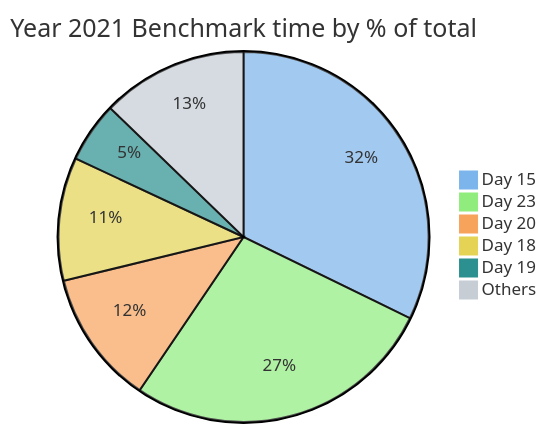
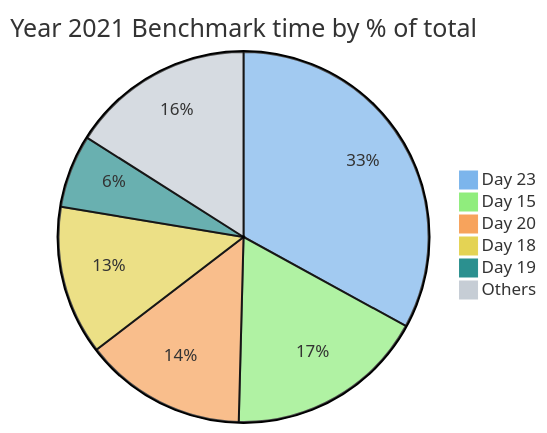
One commit to maneatingape/advent-of-code-rust changed the third of 4 diagrams in README.md. Above: the diagram before and after it, drawn with Mermaid. The commit also changed other lines of this file and 1 other file, not shown here.

````diff
--- a/README.md
+++ b/README.md
@@ -103,11 +103,11 @@
 ```mermaid
 %%{init: {'theme': 'base', 'themeVariables': { 'pie1': '#7cb5ec', 'pie2': '#90ed7d', 'pie3': '#f7a35c', 'pie4': '#e4d354', 'pie5': '#2b908f', 'pie6': '#c6cdd5'}}}%%
 pie
     title Year 2021 Benchmark time by % of total
-    "Day 15" : 5700
     "Day 23" : 4821
+    "Day 15" : 2547
     "Day 20" : 2072
     "Day 18" : 1904
     "Day 19" : 933
-    "Others" : 2258
+    "Others" : 2338
 ```
````
